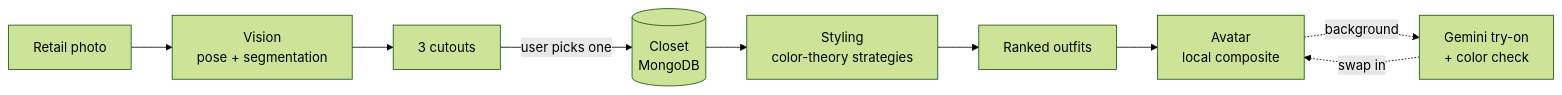
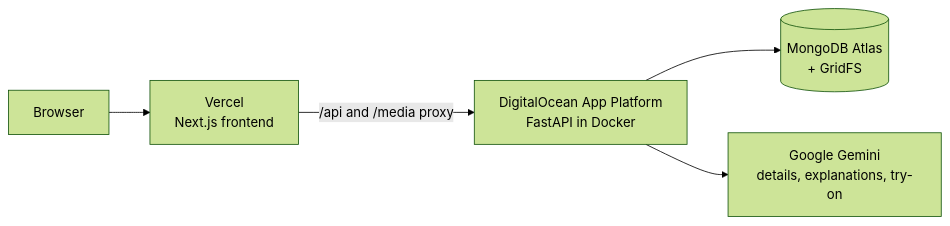
Before and after one commit to sadie2488/Atelier: the diagram in README.md, drawn with Mermaid (forest theme). The commit also changed other lines of this file and 3 other files, not shown here.

Commit message:
Closet: remove (archive) button with confirm on the garment popup; README updated for frontend and backend

````diff
--- a/README.md
+++ b/README.md
@@ -93,11 +150,7 @@
 ```mermaid
 flowchart LR
-    A["Retail photo"] --> B["Vision<br/>pose + segmentation"]
-    B --> C["3 cutouts"]
-    C -->|user picks one| D[("Closet<br/>MongoDB")]
-    D --> E["Styling<br/>color-theory strategies"]
-    E --> F["Ranked outfits"]
-    F --> G["Avatar<br/>local composite"]
-    G -.->|background| H["Gemini try-on<br/>+ color check"]
-    H -.->|swap in| G
+    U["Browser"] --> V["Vercel<br/>Next.js frontend"]
+    V -->|"/api and /media proxy"| D["DigitalOcean App Platform<br/>FastAPI in Docker"]
+    D --> M[("MongoDB Atlas<br/>+ GridFS")]
+    D --> G["Google Gemini<br/>details, explanations, try-on"]
 ```
````
